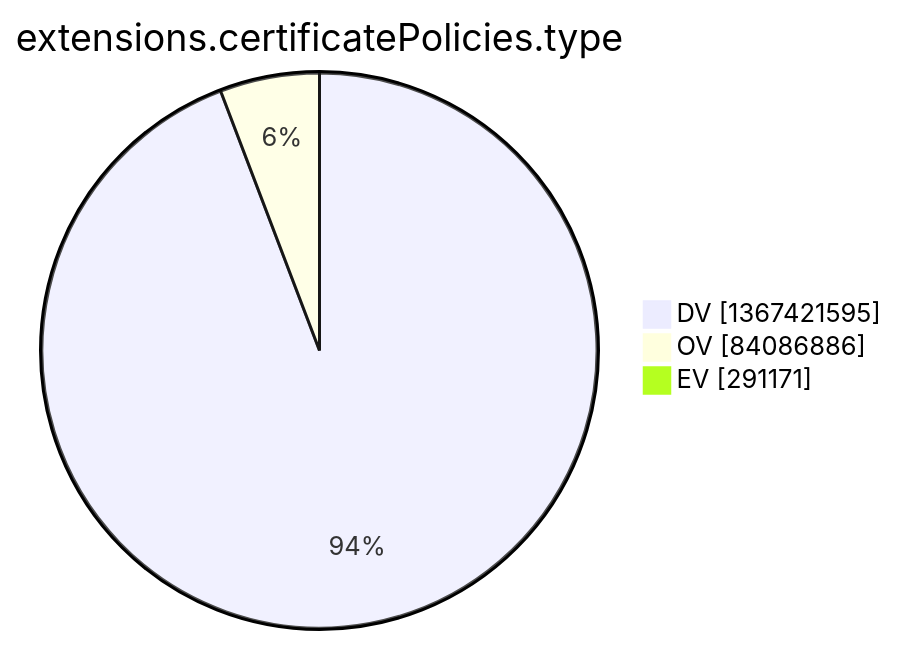
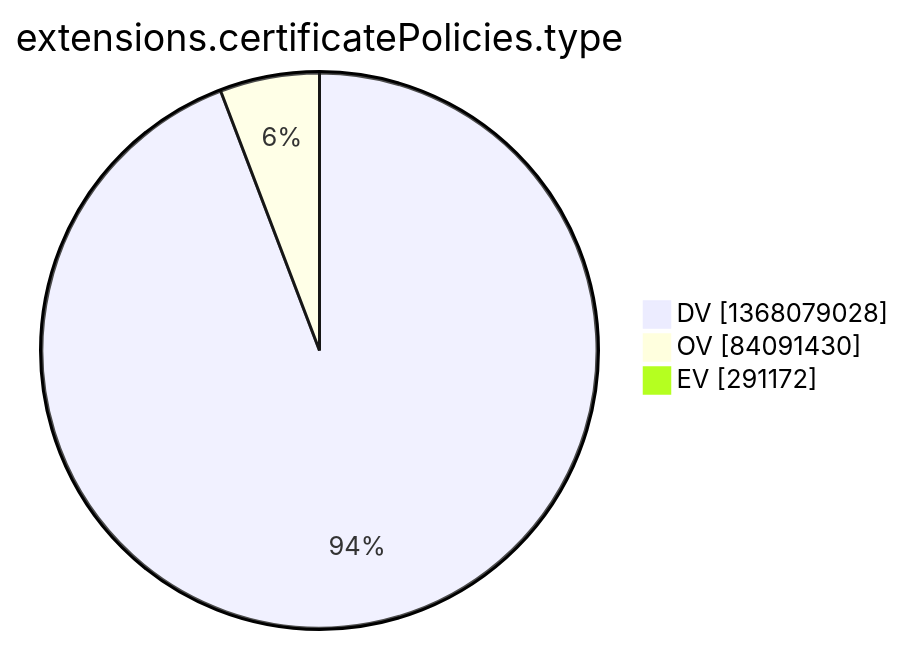
The tenth of 15 diagrams in argon2022/README.md (christiankrug/ctmonitor_visualization), drawn with Mermaid before and after one commit. The commit also changed other lines of this file, not shown here.

````diff
--- a/argon2022/README.md
+++ b/argon2022/README.md
@@ -2773,7 +2773,7 @@
 ```mermaid
 pie showData
 title extensions.certificatePolicies.type
-"DV" :1367421595
-"OV" :84086886
-"EV" :291171
+"DV" :1368079028
+"OV" :84091430
+"EV" :291172
 ```
````
